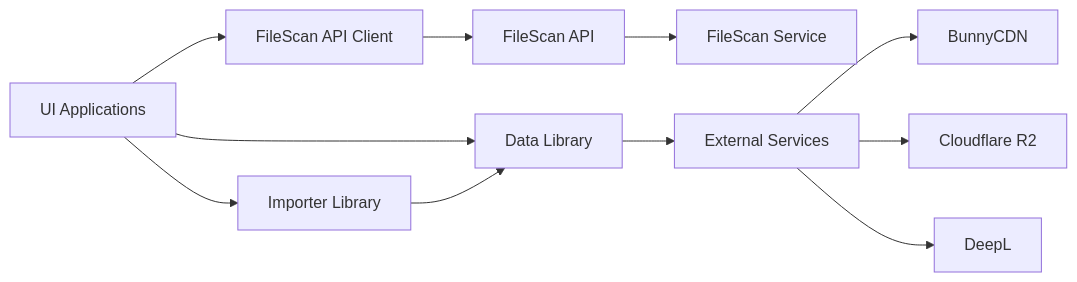
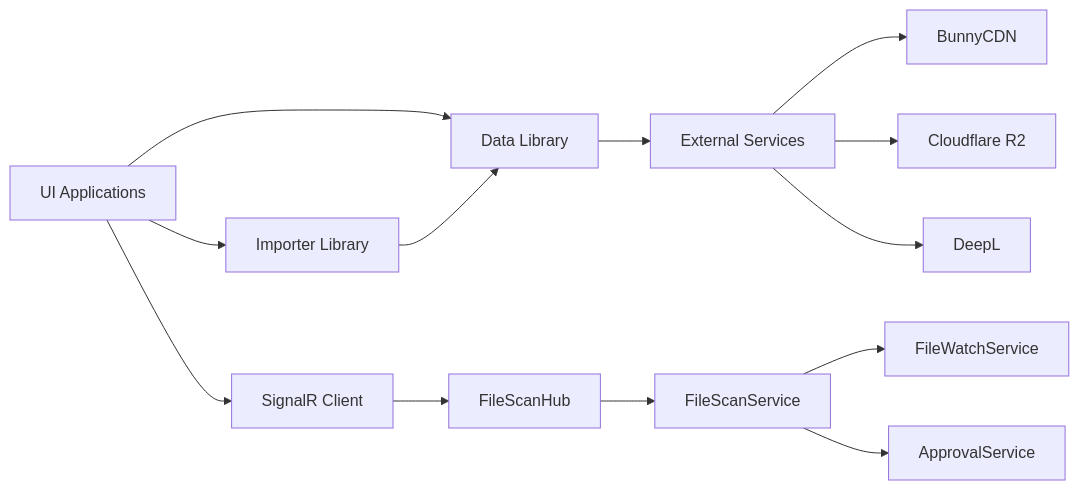
One commit to Al-Ummah-Now/AlUmmahNowTools changed the third of 3 diagrams in ARCHITECTURE.md. Above: the diagram before and after it, drawn with Mermaid. The commit also changed other lines of this file and 27 other files, not shown here.

````diff
--- a/ARCHITECTURE.md
+++ b/ARCHITECTURE.md
@@ -155,14 +209,17 @@
 ```mermaid
 graph LR
     A[UI Applications] --> B[Importer Library]
     A --> C[Data Library]
     B --> C
-    A --> D[FileScan API Client]
-    D --> E[FileScan API]
-    E --> F[FileScan Service]
+    A --> D[SignalR Client]
+    D --> E[FileScanHub]
+    E --> F[FileScanService]
     
-    C --> G[External Services]
-    G --> H[BunnyCDN]
-    G --> I[Cloudflare R2]
-    G --> J[DeepL]
+    F --> G[FileWatchService]
+    F --> H[ApprovalService]
+    
+    C --> I[External Services]
+    I --> J[BunnyCDN]
+    I --> K[Cloudflare R2]
+    I --> L[DeepL]
 ```
````
